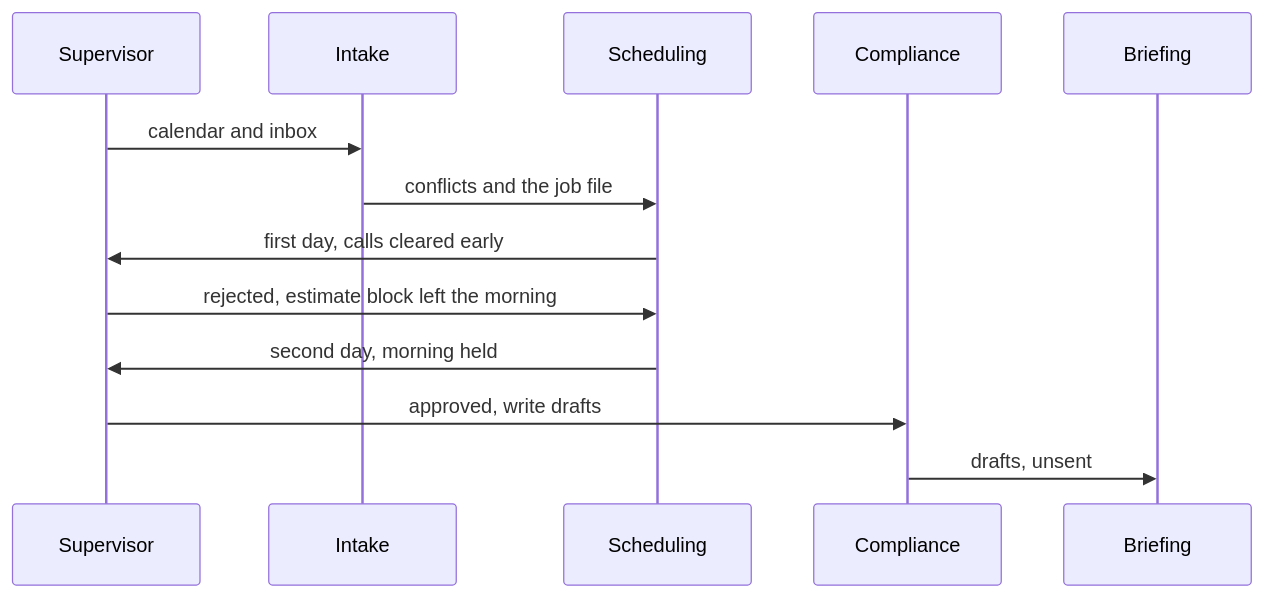
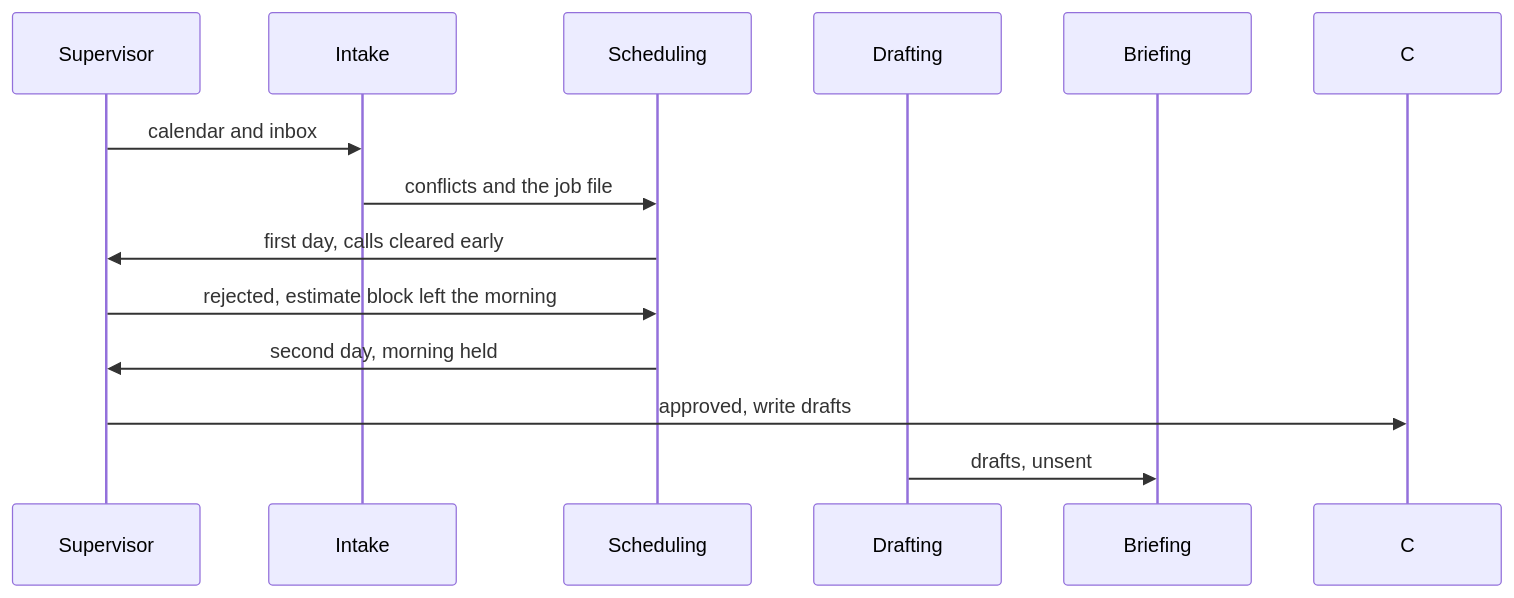
Before and after one commit to saltylvn/benchmark-ai: the second of 2 diagrams in README.md, drawn with Mermaid. The commit also changed other lines of this file and 67 other files, not shown here.

````diff
--- a/README.md
+++ b/README.md
@@ -36,15 +54,15 @@
 ```mermaid
 sequenceDiagram
   participant S as Supervisor
   participant I as Intake
   participant P as Scheduling
-  participant C as Compliance
+  participant D as Drafting
   participant B as Briefing
   S->>I: calendar and inbox
   I->>P: conflicts and the job file
   P->>S: first day, calls cleared early
   S->>P: rejected, estimate block left the morning
   P->>S: second day, morning held
   S->>C: approved, write drafts
-  C->>B: drafts, unsent
+  D->>B: drafts, unsent
 ```
````
